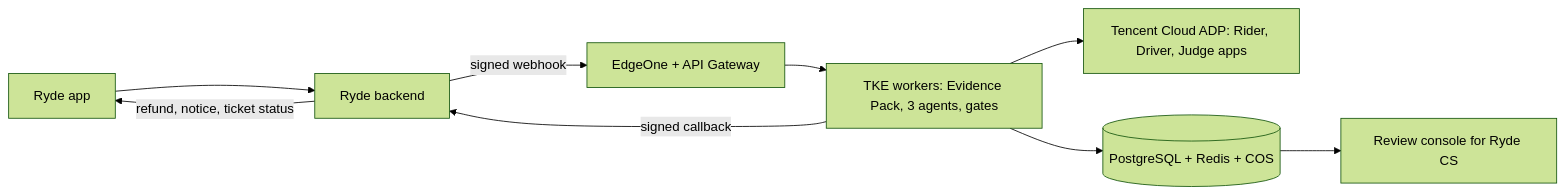
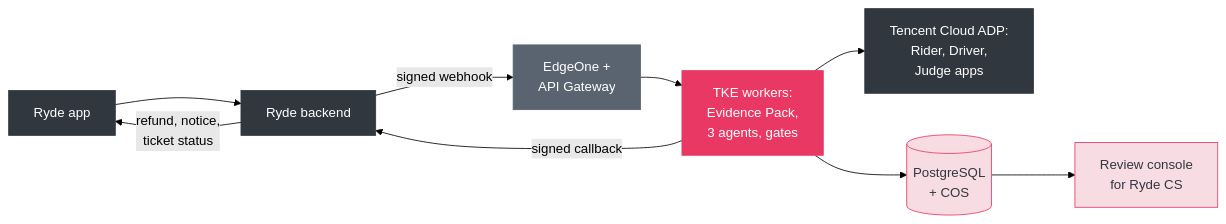
The diagram in tools/deployment/slides.md (hermicaduceus/ryde-dispute-resolution-submission), drawn with Mermaid (forest theme) before and after one commit. The commit also changed other lines of this file and 4 other files, not shown here.

````diff
--- a/tools/deployment/slides.md
+++ b/tools/deployment/slides.md
@@ -13,11 +17,20 @@
 ```mermaid
 flowchart LR
   APP["Ryde app"] --> RB["Ryde backend"]
-  RB -- "signed webhook" --> EO["EdgeOne + API Gateway"]
-  EO --> TKE["TKE workers: Evidence Pack, 3 agents, gates"]
-  TKE --> ADP["Tencent Cloud ADP: Rider, Driver, Judge apps"]
-  TKE --> DB[("PostgreSQL + Redis + COS")]
+  RB -- "signed webhook" --> EO["EdgeOne +<br/>API Gateway"]
+  EO --> TKE["TKE workers:<br/>Evidence Pack,<br/>3 agents, gates"]
+  TKE --> ADP["Tencent Cloud ADP:<br/>Rider, Driver,<br/>Judge apps"]
+  TKE --> DB[("PostgreSQL<br/>+ COS")]
   TKE -- "signed callback" --> RB
-  RB -- "refund, notice, ticket status" --> APP
-  DB --> CON["Review console for Ryde CS"]
+  RB -- "refund, notice,<br/>ticket status" --> APP
+  DB --> CON["Review console<br/>for Ryde CS"]
+  classDef ryde fill:#31373E,stroke:#31373E,color:#FFFFFF;
+  classDef core fill:#E93864,stroke:#E93864,color:#FFFFFF;
+  classDef edge fill:#5A6470,stroke:#5A6470,color:#FFFFFF;
+  classDef data fill:#F7DDE3,stroke:#E93864,color:#31373E;
+  class APP,RB ryde;
+  class TKE core;
+  class EO edge;
+  class ADP ryde;
+  class DB,CON data;
 ```
````
